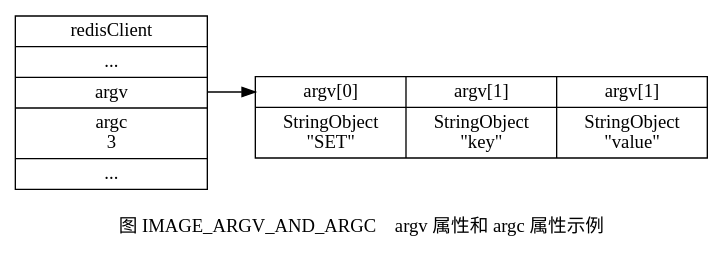
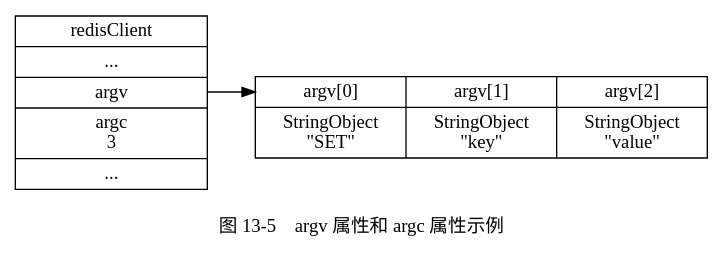
Before and after one commit to huangzworks/redisbook1e: the third of 9 diagrams in preview/client/redis_client_property.rst, drawn with Graphviz. The commit also changed other lines of this file and 4 other files, not shown here.

Commit message:
修正图 13-5 、14-3 和 14-6 ，感谢 凯旋冲锋 的提醒。

```diff
--- a/preview/client/redis_client_property.rst
+++ b/preview/client/redis_client_property.rst
@@ -397,17 +397,17 @@
 .. graphviz::
 
     digraph {
 
-        label = "\n 图 IMAGE_ARGV_AND_ARGC    argv 属性和 argc 属性示例";
+        label = "\n 图 13-5    argv 属性和 argc 属性示例";
 
         rankdir = LR;
 
         node [shape = record];
 
         redisClient [label = " redisClient | ... | <argv> argv | argc \n 3 | ... ", width = 2];
 
-        argv [label = " { { <head> argv[0] | StringObject \n \"SET\" } | { argv[1] | StringObject \n \"key\" } | { argv[1] | StringObject \n \"value\" } } "];
+        argv [label = " { { <head> argv[0] | StringObject \n \"SET\" } | { argv[1] | StringObject \n \"key\" } | { argv[2] | StringObject \n \"value\" } } "];
 
         redisClient:argv -> argv:head;
 
     }
```
